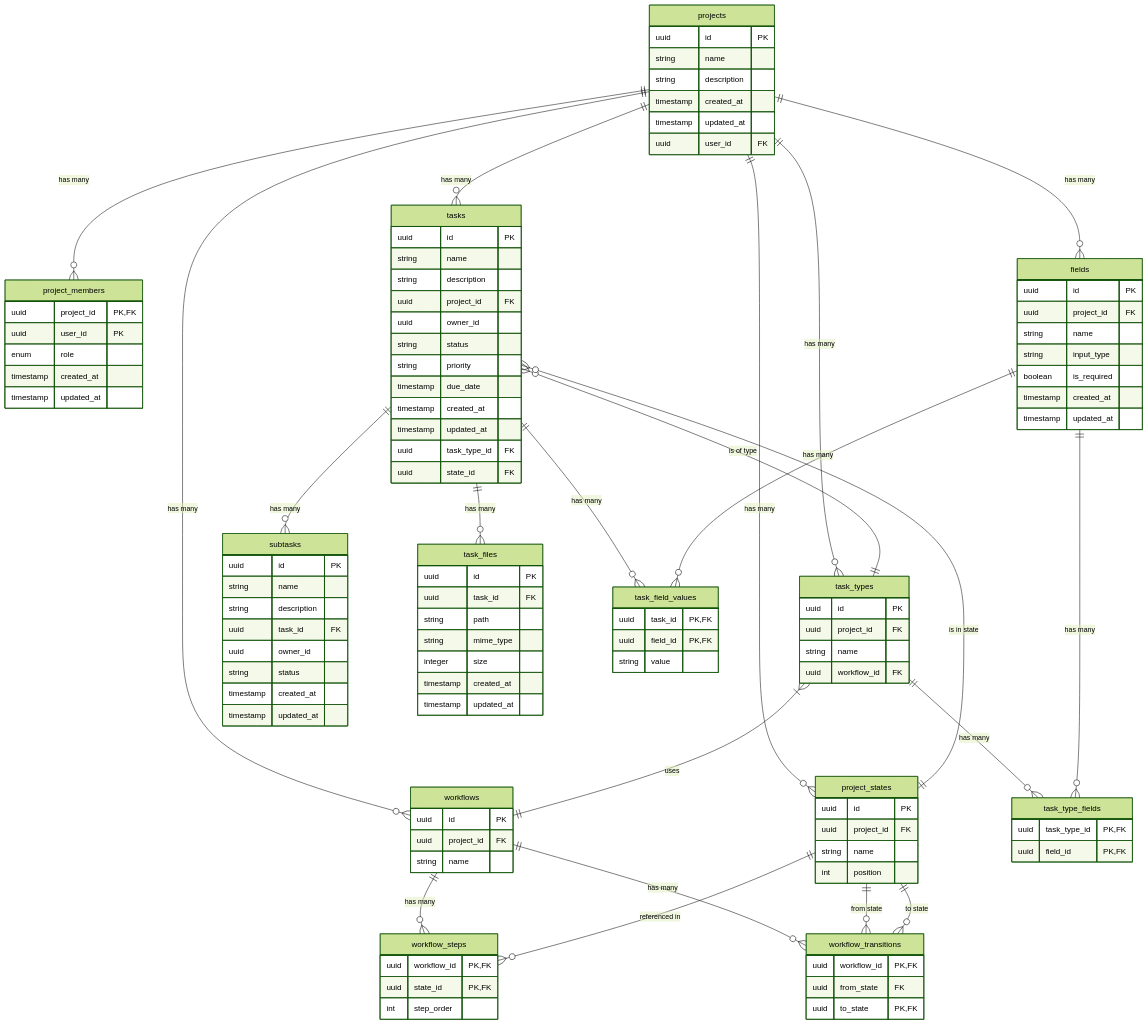
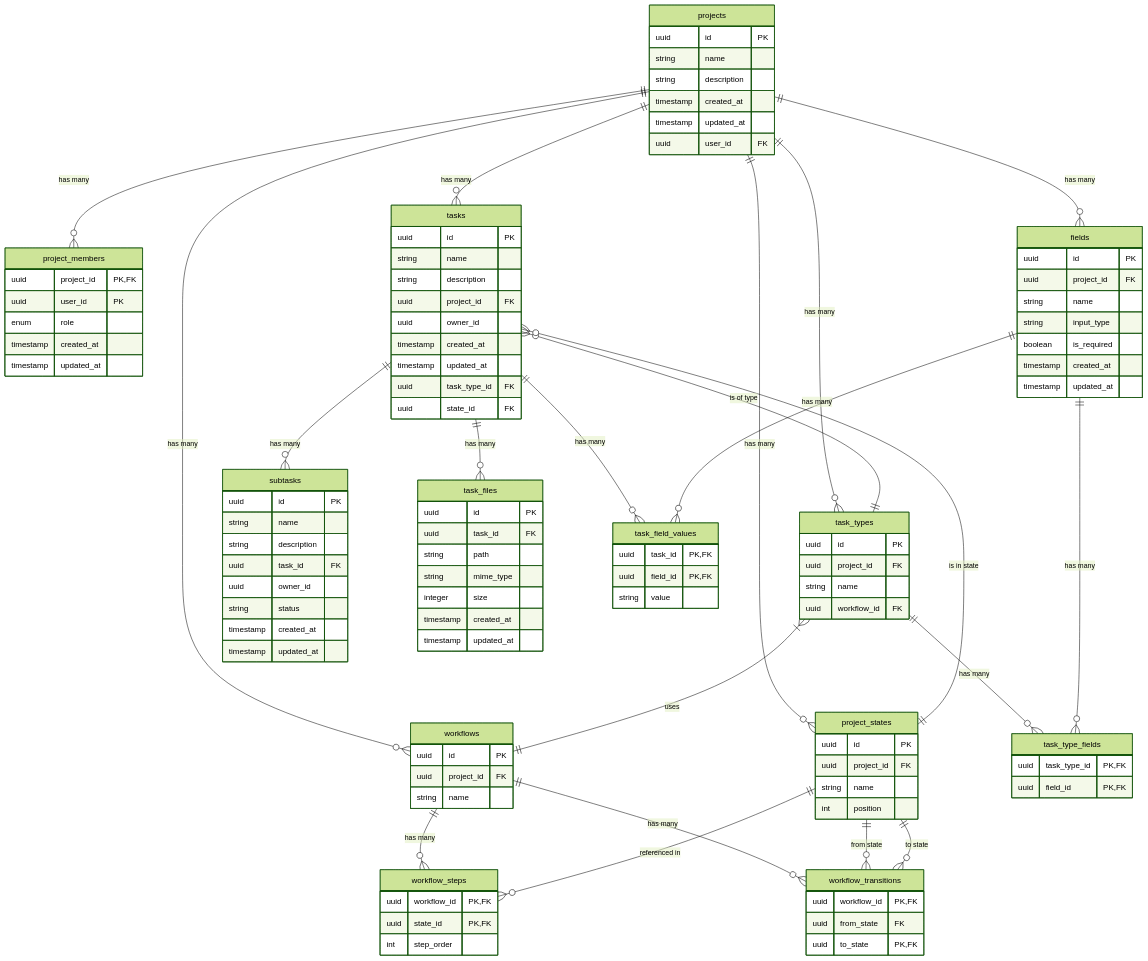
The diagram in docs/architecture/db.md (chrisrneal/task-manager), drawn with Mermaid (forest theme) before and after one commit. The commit also changed 3 other files, not shown here.

```diff
--- a/docs/architecture/db.md
+++ b/docs/architecture/db.md
@@ -61,9 +61,6 @@
         string description
         uuid project_id FK
         uuid owner_id
-        string status
-        string priority
-        timestamp due_date
         timestamp created_at
         timestamp updated_at
         uuid task_type_id FK
```
